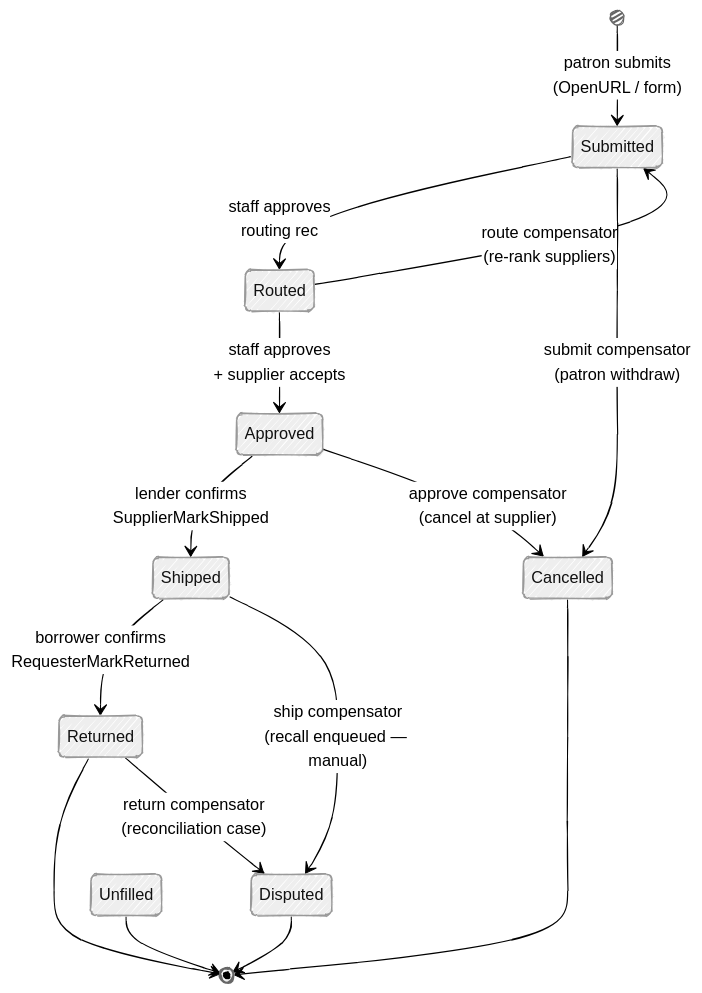
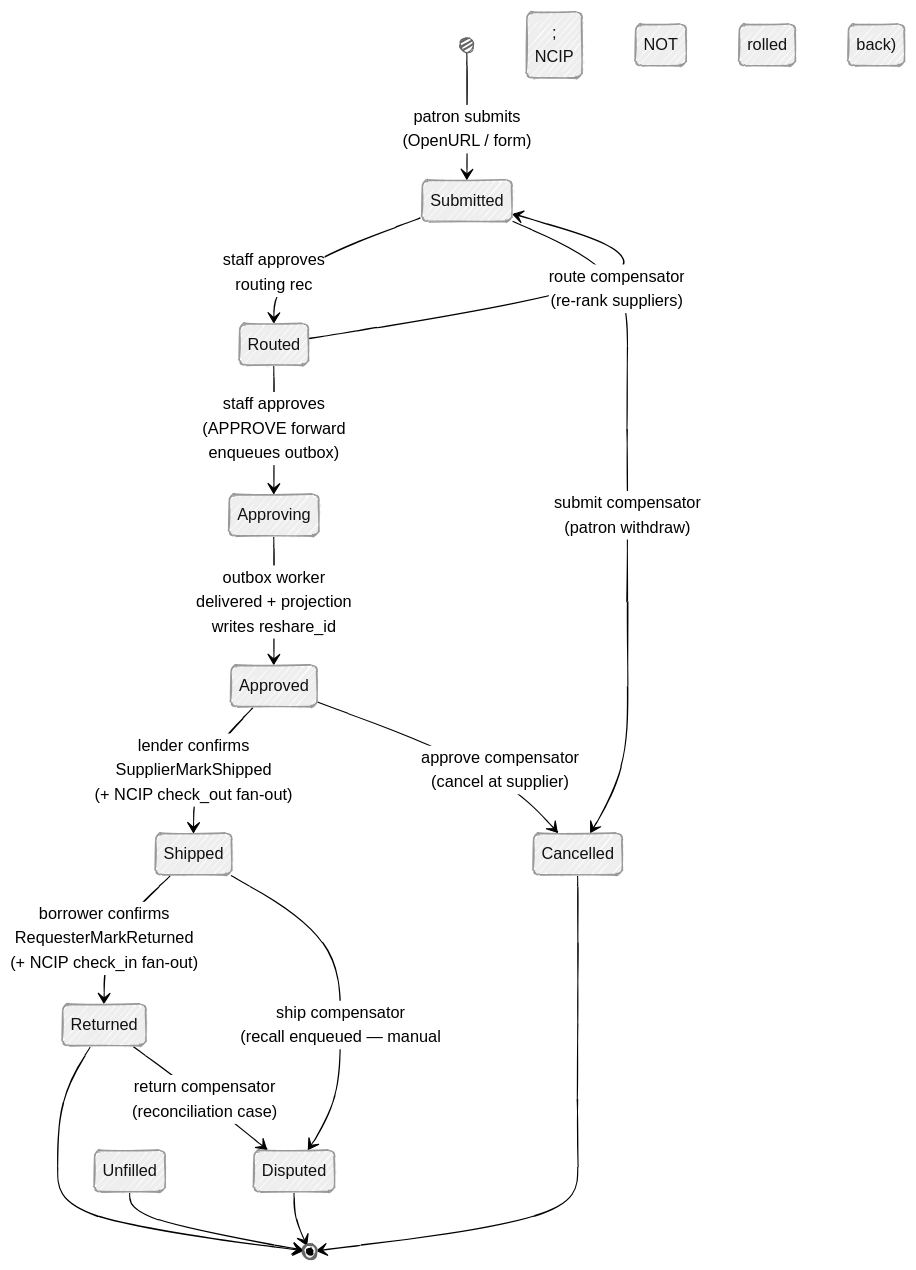
Before and after one commit to gmanch94/agora: the second of 5 diagrams in docs/architecture.md, drawn with Mermaid. The commit also changed other lines of this file and 2 other files, not shown here.

````diff
--- a/docs/architecture.md
+++ b/docs/architecture.md
@@ -74,23 +87,24 @@
 ```mermaid
 ---
 config:
   look: handDrawn
   theme: neutral
 ---
 stateDiagram-v2
     [*] --> Submitted: patron submits<br/>(OpenURL / form)
     Submitted --> Routed: staff approves<br/>routing rec
-    Routed --> Approved: staff approves<br/>+ supplier accepts
-    Approved --> Shipped: lender confirms<br/>SupplierMarkShipped
-    Shipped --> Returned: borrower confirms<br/>RequesterMarkReturned
+    Routed --> Approving: staff approves<br/>(APPROVE forward<br/>enqueues outbox)
+    Approving --> Approved: outbox worker<br/>delivered + projection<br/>writes reshare_id
+    Approved --> Shipped: lender confirms<br/>SupplierMarkShipped<br/>(+ NCIP check_out fan-out)
+    Shipped --> Returned: borrower confirms<br/>RequesterMarkReturned<br/>(+ NCIP check_in fan-out)
     Returned --> [*]
 
     Submitted --> Cancelled: submit compensator<br/>(patron withdraw)
     Routed --> Submitted: route compensator<br/>(re-rank suppliers)
     Approved --> Cancelled: approve compensator<br/>(cancel at supplier)
-    Shipped --> Disputed: ship compensator<br/>(recall enqueued — manual)
+    Shipped --> Disputed: ship compensator<br/>(recall enqueued — manual;<br/>NCIP NOT rolled back)
     Returned --> Disputed: return compensator<br/>(reconciliation case)
     Cancelled --> [*]
     Unfilled --> [*]
     Disputed --> [*]
 ```
````
